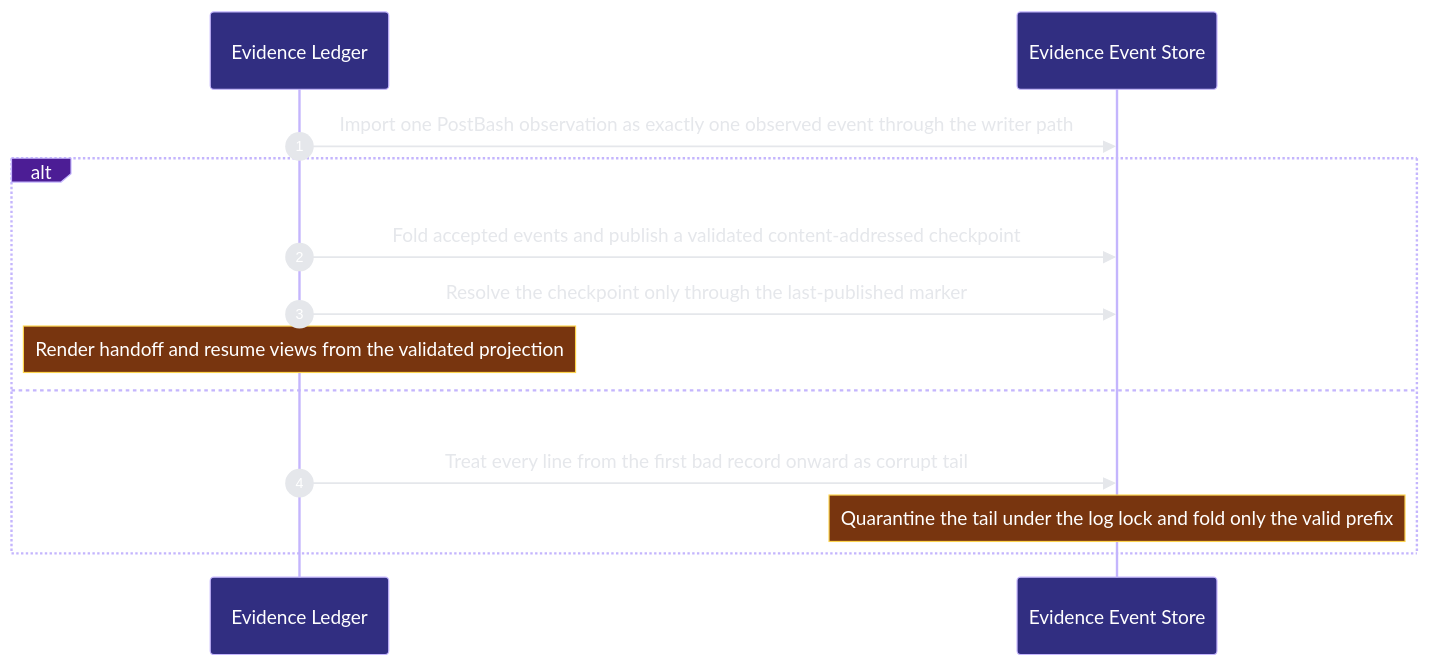
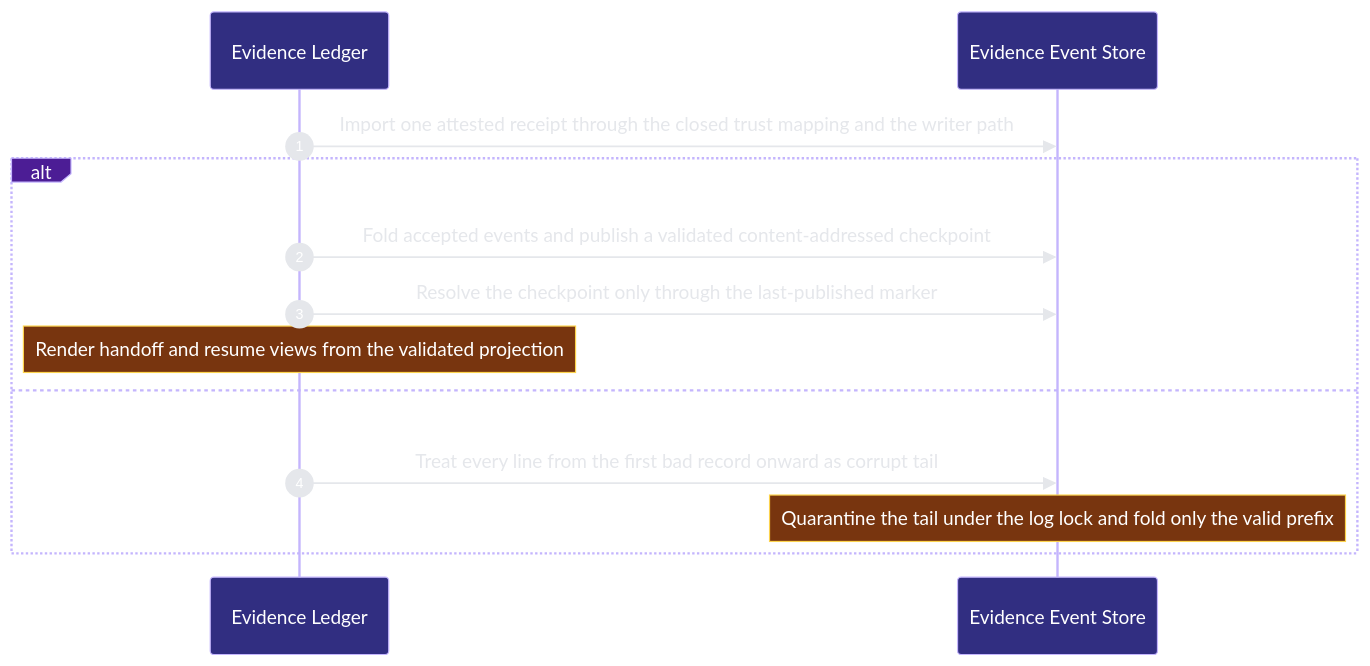
Before and after one commit to Ancienttwo/repo-harness: the second of 2 diagrams in docs/architecture/modules/runtime-harness/evidence-ledger.md, drawn with Mermaid. The commit also changed other lines of this file and 13 other files, not shown here.

Commit message:
chore(architecture): apply projection refresh

````diff
--- a/docs/architecture/modules/runtime-harness/evidence-ledger.md
+++ b/docs/architecture/modules/runtime-harness/evidence-ledger.md
@@ -90,16 +89,16 @@
 ```mermaid
 %%{init: {"theme":"base","themeVariables":{"background":"#0d1117","actorBkg":"#312e81","actorBorder":"#c4b5fd","actorTextColor":"#ffffff","signalColor":"#e5e7eb","signalTextColor":"#e5e7eb","labelBoxBkgColor":"#4c1d95","labelBoxBorderColor":"#c4b5fd","labelTextColor":"#ffffff","noteBkgColor":"#78350f","noteBorderColor":"#fcd34d","noteTextColor":"#ffffff","sequenceNumberColor":"#ffffff"}}}%%
 sequenceDiagram
   autonumber
   participant p2_evidence_edecec53 as Evidence Ledger
   participant p2_store_52b5e20f as Evidence Event Store
-  p2_evidence_edecec53->>p2_store_52b5e20f: Import one PostBash observation as exactly one observed event through the writer path
+  p2_evidence_edecec53->>p2_store_52b5e20f: Import one attested receipt through the closed trust mapping and the writer path
   alt The accepted set folds and a validated checkpoint backs recovery
   p2_evidence_edecec53->>p2_store_52b5e20f: Fold accepted events and publish a validated content-addressed checkpoint
   p2_evidence_edecec53->>p2_store_52b5e20f: Resolve the checkpoint only through the last-published marker
     Note over p2_evidence_edecec53: Render handoff and resume views from the validated projection
   else The last write was truncated or a record does not parse
   p2_evidence_edecec53->>p2_store_52b5e20f: Treat every line from the first bad record onward as corrupt tail
     Note over p2_store_52b5e20f: Quarantine the tail under the log lock and fold only the valid prefix
   end
 ```
````
